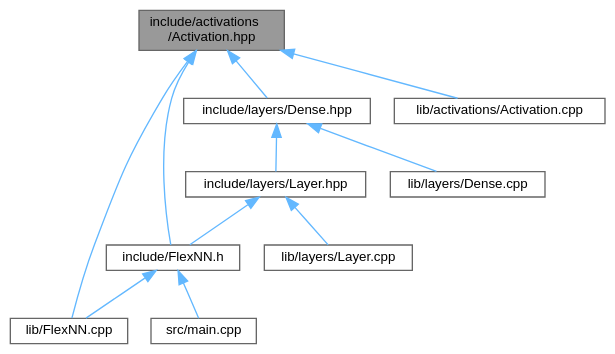
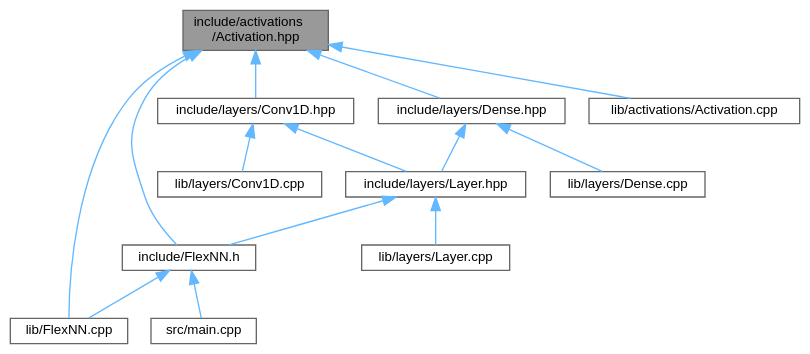
Before and after one commit to Nalin-Angrish/FlexNN: the diagram in Activation_8hpp__dep__incl.dot, drawn with Graphviz. The commit also changed 99 other files, not shown here.

```diff
--- a/Activation_8hpp__dep__incl.dot
+++ b/Activation_8hpp__dep__incl.dot
@@ -1,26 +1,31 @@
 digraph "include/activations/Activation.hpp"
 {
  // LATEX_PDF_SIZE
   bgcolor="transparent";
   edge [fontname=Helvetica,fontsize=10,labelfontname=Helvetica,labelfontsize=10];
   node [fontname=Helvetica,fontsize=10,shape=box,height=0.2,width=0.4];
   Node1 [id="Node000001",label="include/activations\l/Activation.hpp",height=0.2,width=0.4,color="gray40", fillcolor="grey60", style="filled", fontcolor="black",tooltip="Public activation enum and helpers for FlexNN."];
   Node1 -> Node2 [id="edge1_Node000001_Node000002",dir="back",color="steelblue1",style="solid",tooltip=" "];
   Node2 [id="Node000002",label="include/FlexNN.h",height=0.2,width=0.4,color="grey40", fillcolor="white", style="filled",URL="$FlexNN_8h.html",tooltip="Header for FlexNN neural network (heterogeneous stack via Layers::Layer)."];
   Node2 -> Node3 [id="edge2_Node000002_Node000003",dir="back",color="steelblue1",style="solid",tooltip=" "];
   Node3 [id="Node000003",label="lib/FlexNN.cpp",height=0.2,width=0.4,color="grey40", fillcolor="white", style="filled",URL="$FlexNN_8cpp.html",tooltip="Implements FlexNN::NeuralNetwork with heterogeneous Layers::Layer variant."];
   Node2 -> Node4 [id="edge3_Node000002_Node000004",dir="back",color="steelblue1",style="solid",tooltip=" "];
   Node4 [id="Node000004",label="src/main.cpp",height=0.2,width=0.4,color="grey40", fillcolor="white", style="filled",URL="$main_8cpp.html",tooltip="Main file for the MNIST digit recognition example using FlexNN."];
   Node1 -> Node5 [id="edge4_Node000001_Node000005",dir="back",color="steelblue1",style="solid",tooltip=" "];
-  Node5 [id="Node000005",label="include/layers/Dense.hpp",height=0.2,width=0.4,color="grey40", fillcolor="white", style="filled",URL="$Dense_8hpp.html",tooltip="Dense (fully-connected) layer for FlexNN::Layers."];
+  Node5 [id="Node000005",label="include/layers/Conv1D.hpp",height=0.2,width=0.4,color="grey40", fillcolor="white", style="filled",URL="$Conv1D_8hpp.html",tooltip="1D temporal convolution for FlexNN::Layers."];
   Node5 -> Node6 [id="edge5_Node000005_Node000006",dir="back",color="steelblue1",style="solid",tooltip=" "];
   Node6 [id="Node000006",label="include/layers/Layer.hpp",height=0.2,width=0.4,color="grey40", fillcolor="white", style="filled",URL="$Layer_8hpp.html",tooltip="Type-erased wrapper for FlexNN::Layers — heterogeneous stack without inheritance."];
   Node6 -> Node2 [id="edge6_Node000006_Node000002",dir="back",color="steelblue1",style="solid",tooltip=" "];
   Node6 -> Node7 [id="edge7_Node000006_Node000007",dir="back",color="steelblue1",style="solid",tooltip=" "];
   Node7 [id="Node000007",label="lib/layers/Layer.cpp",height=0.2,width=0.4,color="grey40", fillcolor="white", style="filled",URL="$layers_2Layer_8cpp.html",tooltip="Out-of-line helpers for FlexNN::Layers::Layer (currently header-only)."];
   Node5 -> Node8 [id="edge8_Node000005_Node000008",dir="back",color="steelblue1",style="solid",tooltip=" "];
-  Node8 [id="Node000008",label="lib/layers/Dense.cpp",height=0.2,width=0.4,color="grey40", fillcolor="white", style="filled",URL="$Dense_8cpp.html",tooltip="Implements FlexNN::Layers::Dense forward/backward/update."];
-  Node1 -> Node3 [id="edge9_Node000001_Node000003",dir="back",color="steelblue1",style="solid",tooltip=" "];
-  Node1 -> Node9 [id="edge10_Node000001_Node000009",dir="back",color="steelblue1",style="solid",tooltip=" "];
-  Node9 [id="Node000009",label="lib/activations/Activation.cpp",height=0.2,width=0.4,color="grey40", fillcolor="white", style="filled",URL="$Activation_8cpp.html",tooltip="Implements FlexNN::Activations helpers (to_string, try_parse, dispatch)."];
+  Node8 [id="Node000008",label="lib/layers/Conv1D.cpp",height=0.2,width=0.4,color="grey40", fillcolor="white", style="filled",URL="$Conv1D_8cpp.html",tooltip="Implements FlexNN::Layers::Conv1D forward/backward/propagate."];
+  Node1 -> Node9 [id="edge9_Node000001_Node000009",dir="back",color="steelblue1",style="solid",tooltip=" "];
+  Node9 [id="Node000009",label="include/layers/Dense.hpp",height=0.2,width=0.4,color="grey40", fillcolor="white", style="filled",URL="$Dense_8hpp.html",tooltip="Dense (fully-connected) layer for FlexNN::Layers."];
+  Node9 -> Node6 [id="edge10_Node000009_Node000006",dir="back",color="steelblue1",style="solid",tooltip=" "];
+  Node9 -> Node10 [id="edge11_Node000009_Node000010",dir="back",color="steelblue1",style="solid",tooltip=" "];
+  Node10 [id="Node000010",label="lib/layers/Dense.cpp",height=0.2,width=0.4,color="grey40", fillcolor="white", style="filled",URL="$Dense_8cpp.html",tooltip="Implements FlexNN::Layers::Dense forward/backward/update."];
+  Node1 -> Node3 [id="edge12_Node000001_Node000003",dir="back",color="steelblue1",style="solid",tooltip=" "];
+  Node1 -> Node11 [id="edge13_Node000001_Node000011",dir="back",color="steelblue1",style="solid",tooltip=" "];
+  Node11 [id="Node000011",label="lib/activations/Activation.cpp",height=0.2,width=0.4,color="grey40", fillcolor="white", style="filled",URL="$Activation_8cpp.html",tooltip="Implements FlexNN::Activations helpers (to_string, try_parse, dispatch)."];
 }
```
